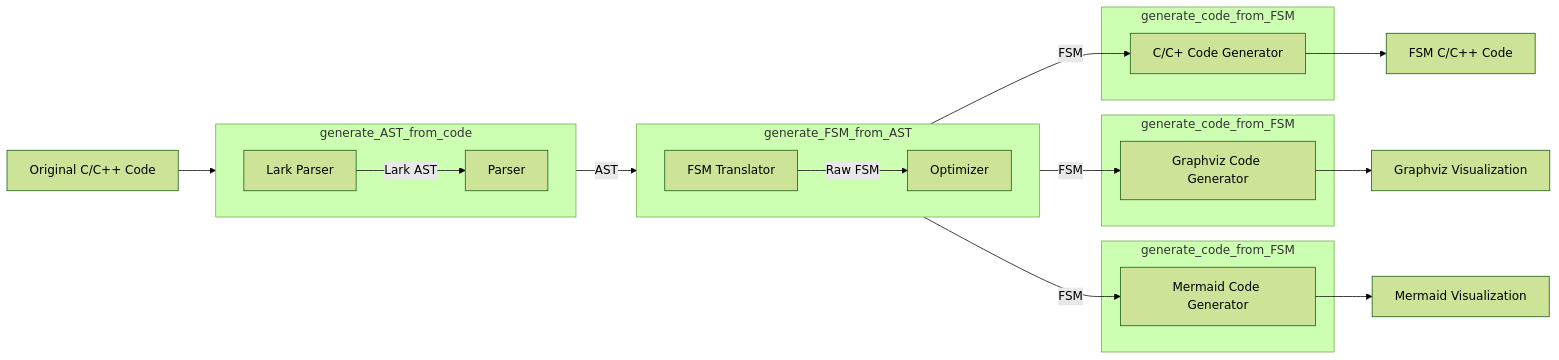
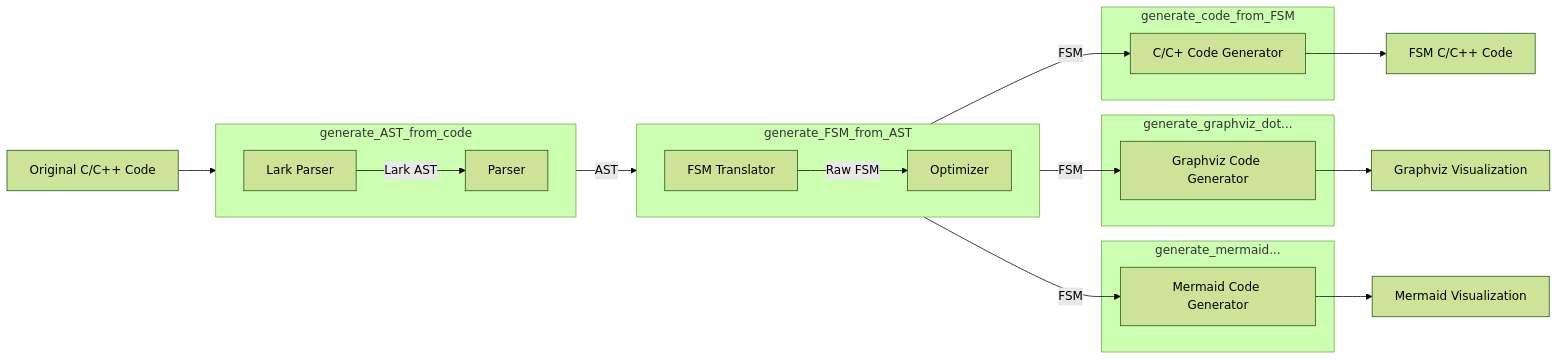
One commit to Nightingale-LZH/FSM-Compiler-2 changed the first of 10 diagrams in readme.md. Above: the diagram before and after it, drawn with Mermaid (forest theme).

````diff
--- a/readme.md
+++ b/readme.md
@@ -57,43 +57,43 @@
 ```mermaid
 flowchart LR
     original_code[Original C/C++ Code]
 
     subgraph parser[generate_AST_from_code]
         direction LR
         lark_parser[Lark Parser]
         fsm_parser[Parser]
     end
 
     subgraph assember[generate_FSM_from_AST]
         direction LR
         translator[FSM Translator]
         optimizer[Optimizer]
     end
 
     subgraph code_gen1[generate_code_from_FSM]
         c_code_gen[C/C+ Code Generator]
     end
 
-    subgraph code_gen2[generate_code_from_FSM]
+    subgraph code_gen2[generate_graphviz_dot...]
         graphviz_gen[Graphviz Code Generator]
     end
 
-    subgraph code_gen3[generate_code_from_FSM]
+    subgraph code_gen3[generate_mermaid...]
         mermaid_gen[Mermaid Code Generator]
     end
 
     fsm_code[FSM C/C++ Code]
     graphviz_code[Graphviz Visualization]
     mermaid_code[Mermaid Visualization]
 
     original_code --> lark_parser
     lark_parser --> |Lark AST| fsm_parser
     fsm_parser -->|AST| translator
     translator -->|Raw FSM| optimizer
     optimizer -->|FSM| c_code_gen
     optimizer -->|FSM| graphviz_gen
     optimizer -->|FSM| mermaid_gen
     c_code_gen --> fsm_code 
     graphviz_gen --> graphviz_code 
     mermaid_gen --> mermaid_code 
 ```
````
